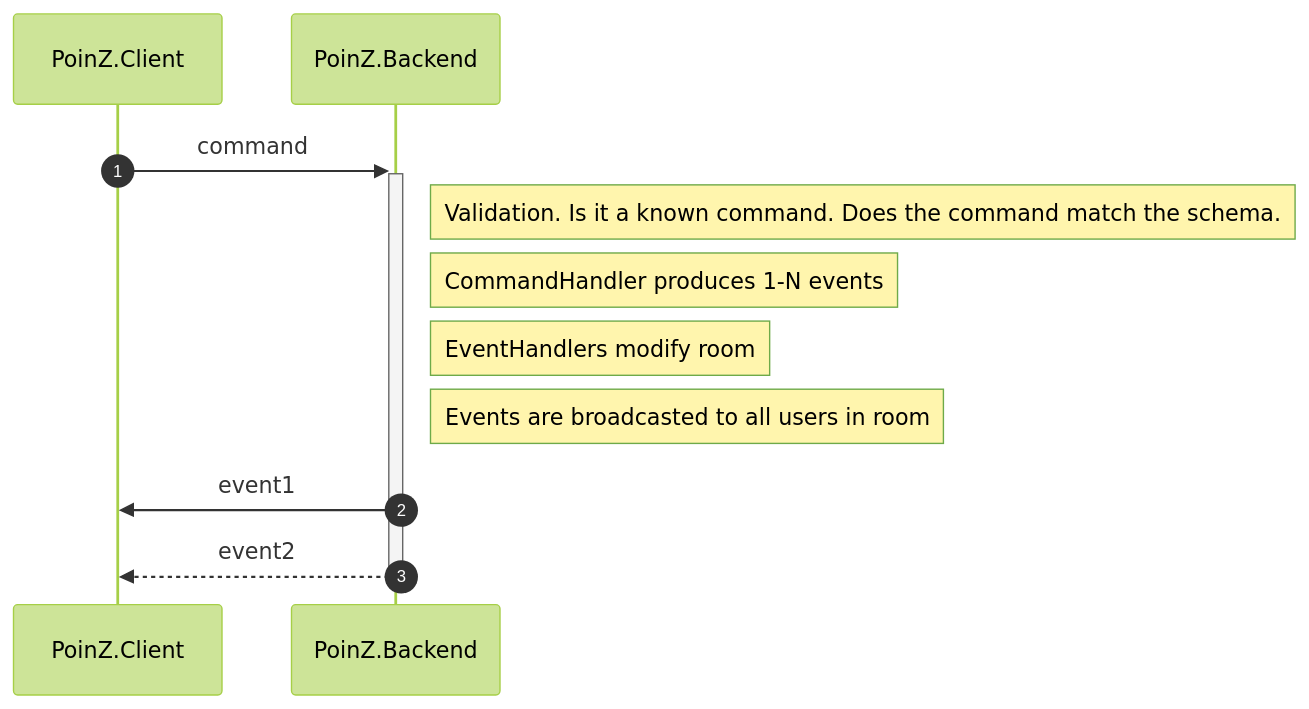
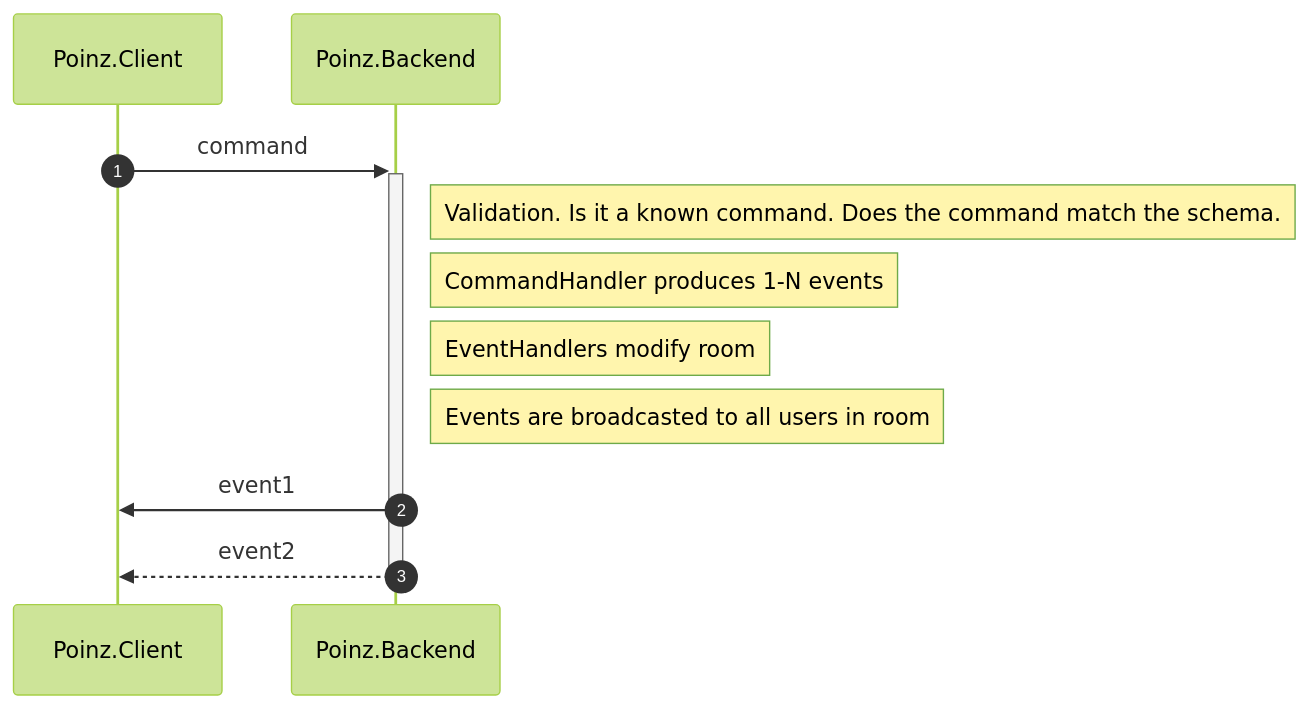
Before and after one commit to Zuehlke/poinz: the diagram in docu/diagrams/sequenceCommandHandlingGeneric.md, drawn with Mermaid (forest theme). The commit also changed 40 other files, not shown here.

Commit message:
#58 replace all occurences of "PoinZ" with "Poinz"

````diff
--- a/docu/diagrams/sequenceCommandHandlingGeneric.md
+++ b/docu/diagrams/sequenceCommandHandlingGeneric.md
@@ -1,13 +1,13 @@
 ```mermaid
 sequenceDiagram
   autonumber
-  participant PoinZ.Client
-  participant PoinZ.Backend
-  PoinZ.Client->>+PoinZ.Backend: command
-  Note right of PoinZ.Backend: Validation. Is it a known command. Does the command match the schema.
-  Note right of PoinZ.Backend: CommandHandler produces 1-N events
-  Note right of PoinZ.Backend: EventHandlers modify room
-  Note right of PoinZ.Backend: Events are broadcasted to all users in room
-  PoinZ.Backend->>PoinZ.Client: event1
-  PoinZ.Backend-->>-PoinZ.Client: event2
+  participant Poinz.Client
+  participant Poinz.Backend
+  Poinz.Client->>+Poinz.Backend: command
+  Note right of Poinz.Backend: Validation. Is it a known command. Does the command match the schema.
+  Note right of Poinz.Backend: CommandHandler produces 1-N events
+  Note right of Poinz.Backend: EventHandlers modify room
+  Note right of Poinz.Backend: Events are broadcasted to all users in room
+  Poinz.Backend->>Poinz.Client: event1
+  Poinz.Backend-->>-Poinz.Client: event2
 ```
````
